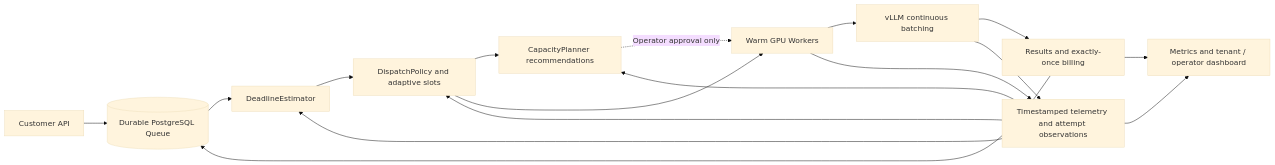
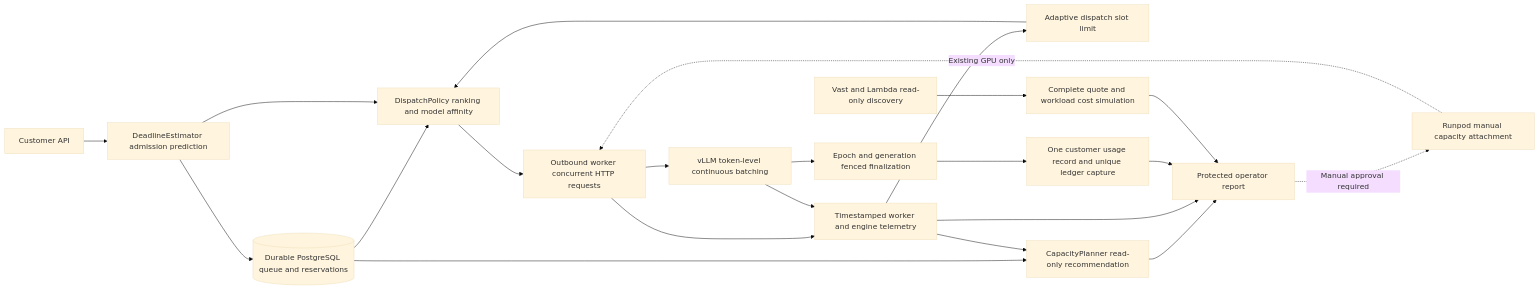
The diagram in docs/architecture/scheduler-v2.mmd (manishklach/InferenceFlow), drawn with Mermaid (base theme) before and after one commit. The commit also changed 71 other files, not shown here.

```diff
--- a/docs/architecture/scheduler-v2.mmd
+++ b/docs/architecture/scheduler-v2.mmd
@@ -1,17 +1,22 @@
 flowchart LR
-    A[Customer API] --> Q[(Durable PostgreSQL Queue)]
-    Q --> E[DeadlineEstimator]
-    E --> D[DispatchPolicy and adaptive slots]
-    D --> C[CapacityPlanner recommendations]
-    D --> W[Warm GPU Workers]
-    C -. Operator approval only .-> W
-    W --> V[vLLM continuous batching]
-    V --> R[Results and exactly-once billing]
-    R --> Q
-    W --> T[Timestamped telemetry and attempt observations]
+    A[Customer API] --> E[DeadlineEstimator admission prediction]
+    E --> Q[(Durable PostgreSQL queue and reservations)]
+    Q --> D[DispatchPolicy ranking and model affinity]
+    T[Timestamped worker and engine telemetry] --> AD[Adaptive dispatch slot limit]
+    AD --> D
+    E --> D
+    D --> W[Outbound worker concurrent HTTP requests]
+    W --> V[vLLM token-level continuous batching]
+    V --> F[Epoch and generation fenced finalization]
+    F --> R[One customer usage record and unique ledger capture]
+    W --> T
     V --> T
-    T --> E
-    T --> D
+    Q --> C[CapacityPlanner read-only recommendation]
     T --> C
-    T --> O[Metrics and tenant / operator dashboard]
+    C --> O[Protected operator report]
+    T --> O
     R --> O
+    O -. Manual approval required .-> P[Runpod manual capacity attachment]
+    P -. Existing GPU only .-> W
+    X[Vast and Lambda read-only discovery] --> K[Complete quote and workload cost simulation]
+    K --> O
```
